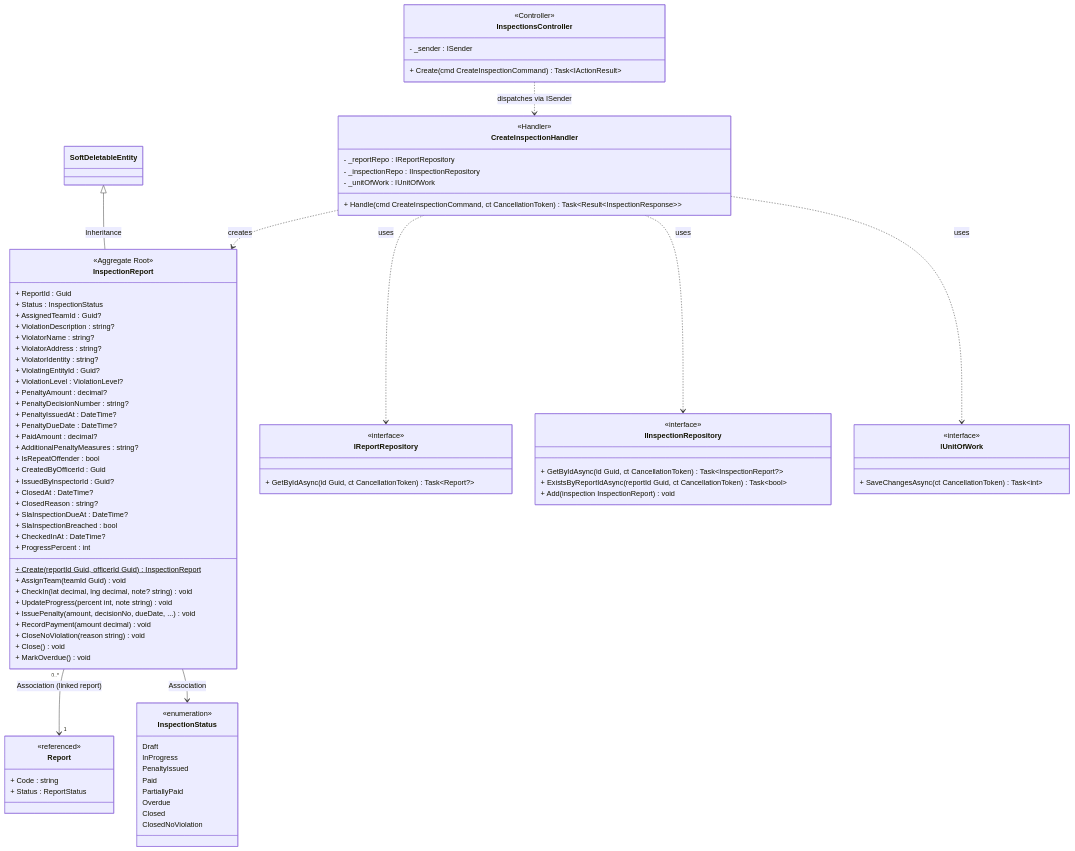
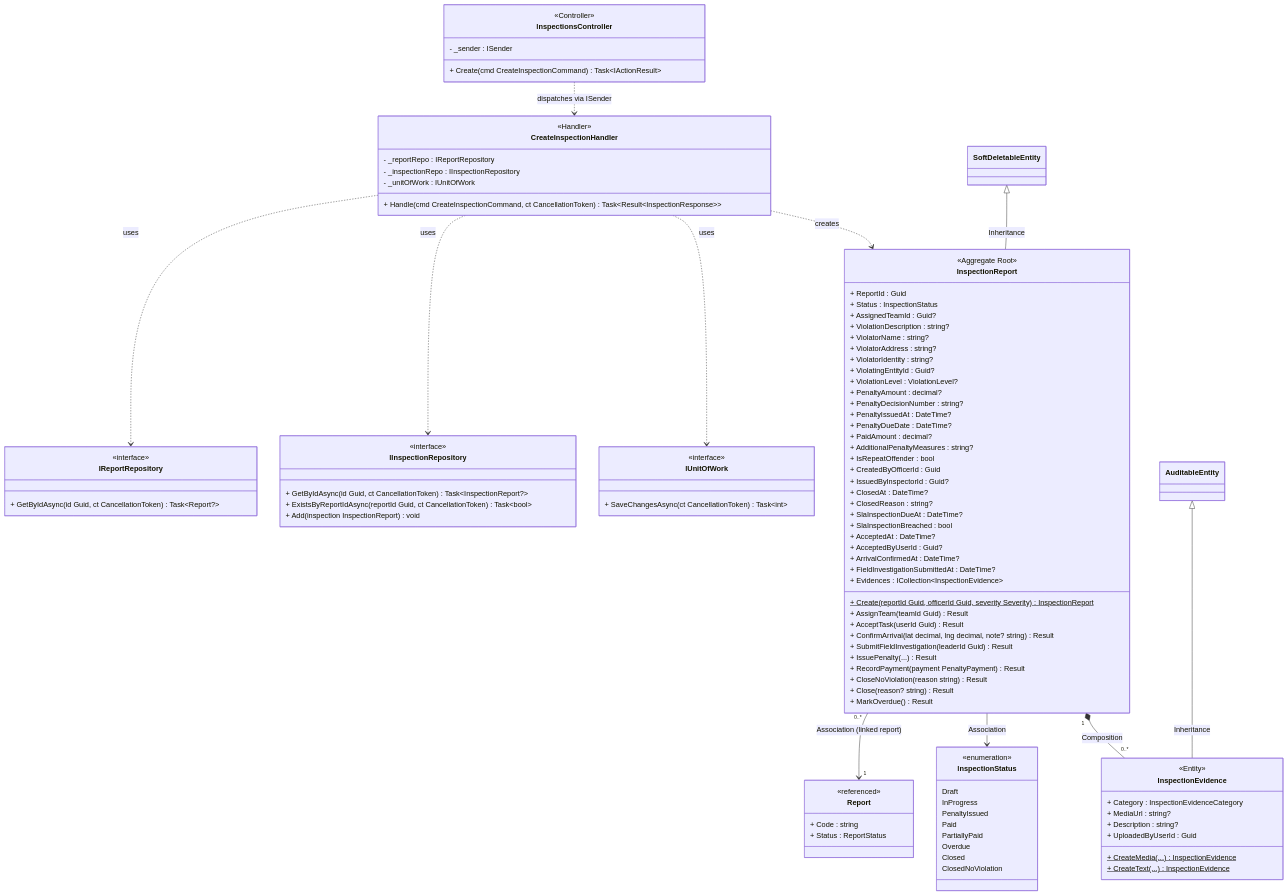
Diagram 15 of 41 in docs/BusinessRule/CLASS_DIAGRAMS.md (Capstonne-Project/greenlens-service), drawn with Mermaid before and after one commit. The commit also changed other lines of this file and 1 other file, not shown here.

Commit message:
chore(docs): change inspection flow sequence and class diagram

```diff
--- a/docs/BusinessRule/CLASS_DIAGRAMS.md
+++ b/docs/BusinessRule/CLASS_DIAGRAMS.md
@@ -1633,17 +1635,31 @@
         + ClosedReason : string?
         + SlaInspectionDueAt : DateTime?
         + SlaInspectionBreached : bool
-        + CheckedInAt : DateTime?
-        + ProgressPercent : int
-        + Create(reportId Guid, officerId Guid)$ InspectionReport
-        + AssignTeam(teamId Guid) void
-        + CheckIn(lat decimal, lng decimal, note? string) void
-        + UpdateProgress(percent int, note string) void
-        + IssuePenalty(amount, decisionNo, dueDate, ...) void
-        + RecordPayment(amount decimal) void
-        + CloseNoViolation(reason string) void
-        + Close() void
-        + MarkOverdue() void
+        + AcceptedAt : DateTime?
+        + AcceptedByUserId : Guid?
+        + ArrivalConfirmedAt : DateTime?
+        + FieldInvestigationSubmittedAt : DateTime?
+        + Evidences : ICollection~InspectionEvidence~
+        + Create(reportId Guid, officerId Guid, severity Severity)$ InspectionReport
+        + AssignTeam(teamId Guid) Result
+        + AcceptTask(userId Guid) Result
+        + ConfirmArrival(lat decimal, lng decimal, note? string) Result
+        + SubmitFieldInvestigation(leaderId Guid) Result
+        + IssuePenalty(...) Result
+        + RecordPayment(payment PenaltyPayment) Result
+        + CloseNoViolation(reason string) Result
+        + Close(reason? string) Result
+        + MarkOverdue() Result
+    }
+
+    class InspectionEvidence {
+        <<Entity>>
+        + Category : InspectionEvidenceCategory
+        + MediaUrl : string?
+        + Description : string?
+        + UploadedByUserId : Guid
+        + CreateMedia(...)$ InspectionEvidence
+        + CreateText(...)$ InspectionEvidence
     }
 
     class Report {
@@ -1696,8 +1712,10 @@
     }
 
     SoftDeletableEntity <|-- InspectionReport : Inheritance
+    AuditableEntity <|-- InspectionEvidence : Inheritance
     InspectionReport "0..*" --> "1" Report : Association (linked report)
     InspectionReport --> InspectionStatus : Association
+    InspectionReport "1" *-- "0..*" InspectionEvidence : Composition
 
     CreateInspectionHandler ..> IReportRepository : uses
     CreateInspectionHandler ..> IInspectionRepository : uses
```
